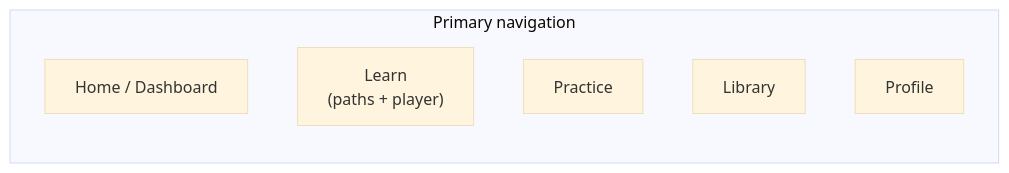
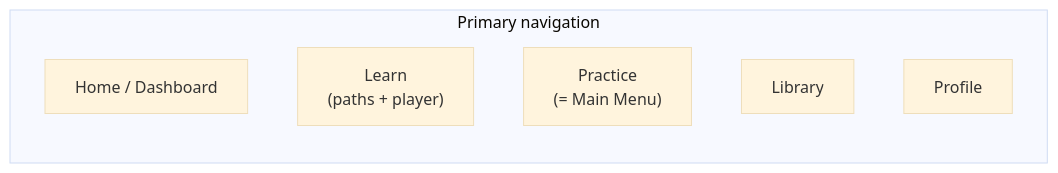
Before and after one commit to IndraKar/keyboard-app: the diagram in docs/03-screen-map.md, drawn with Mermaid (base theme). The commit also changed other lines of this file and 4 other files, not shown here.

First line of the commit message:
Rebrand to KEYFORGE; add Main Menu, wider ear training, sight reading, and three-mode Learn My Song

````diff
--- a/docs/03-screen-map.md
+++ b/docs/03-screen-map.md
@@ -8,10 +8,10 @@
 ```mermaid
 flowchart LR
     subgraph Tabs["Primary navigation"]
         Home["Home / Dashboard"]
         Learn["Learn<br/>(paths + player)"]
-        Practice["Practice"]
+        Practice["Practice<br/>(= Main Menu)"]
         Library["Library"]
         Profile["Profile"]
     end
 ```
````
